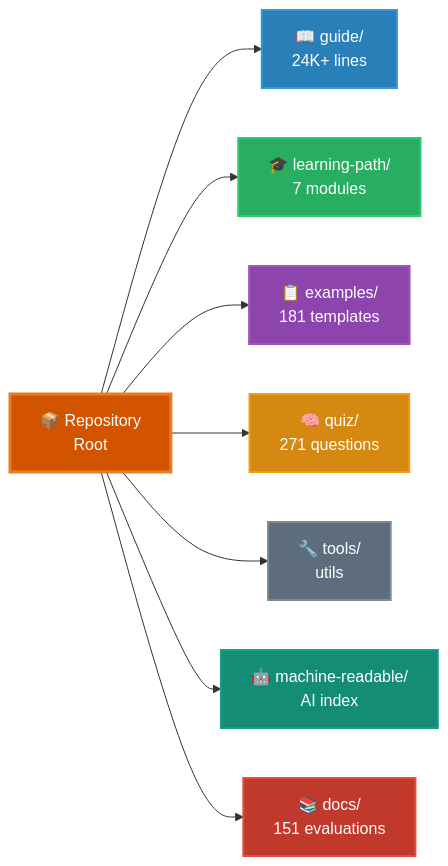
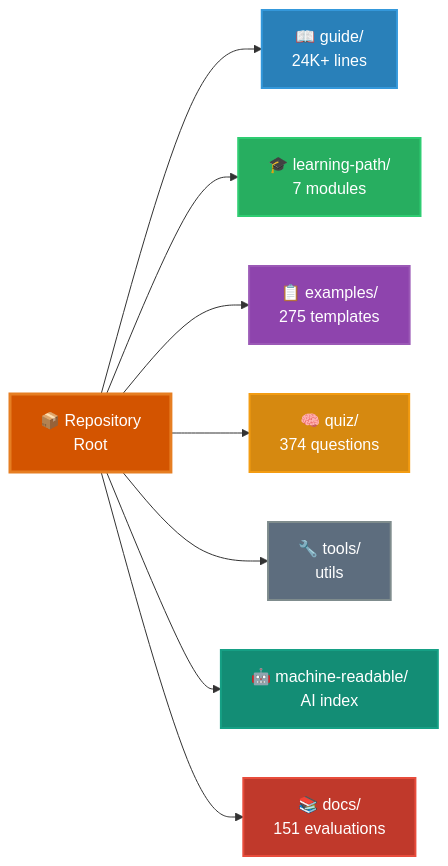
One commit to data-path-9/claude-code-ultimate-guide changed the diagram in README.md. Above: the diagram before and after it, drawn with Mermaid. The commit also changed other lines of this file and 4 other files, not shown here.

````diff
--- a/README.md
+++ b/README.md
@@ -182,21 +182,21 @@
 ```mermaid
 graph LR
     root[📦 Repository<br/>Root]
 
     root --> guide[📖 guide/<br/>24K+ lines]
     root --> learning[🎓 learning-path/<br/>7 modules]
-    root --> examples[📋 examples/<br/>181 templates]
-    root --> quiz[🧠 quiz/<br/>271 questions]
+    root --> examples[📋 examples/<br/>275 templates]
+    root --> quiz[🧠 quiz/<br/>374 questions]
     root --> tools[🔧 tools/<br/>utils]
     root --> machine[🤖 machine-readable/<br/>AI index]
     root --> docs[📚 docs/<br/>151 evaluations]
 
     style root fill:#d35400,stroke:#e67e22,stroke-width:3px,color:#fff
     style guide fill:#2980b9,stroke:#3498db,stroke-width:2px,color:#fff
     style learning fill:#27ae60,stroke:#2ecc71,stroke-width:2px,color:#fff
     style examples fill:#8e44ad,stroke:#9b59b6,stroke-width:2px,color:#fff
     style quiz fill:#d68910,stroke:#f39c12,stroke-width:2px,color:#fff
     style tools fill:#5d6d7e,stroke:#7f8c8d,stroke-width:2px,color:#fff
     style machine fill:#138d75,stroke:#16a085,stroke-width:2px,color:#fff
     style docs fill:#c0392b,stroke:#e74c3c,stroke-width:2px,color:#fff
 ```
````
